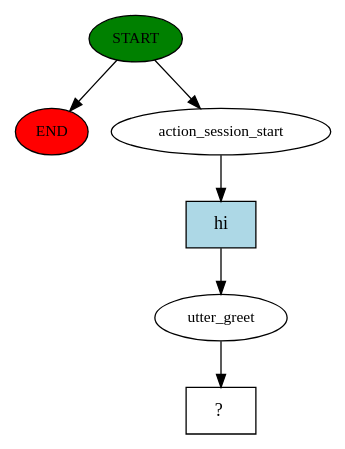
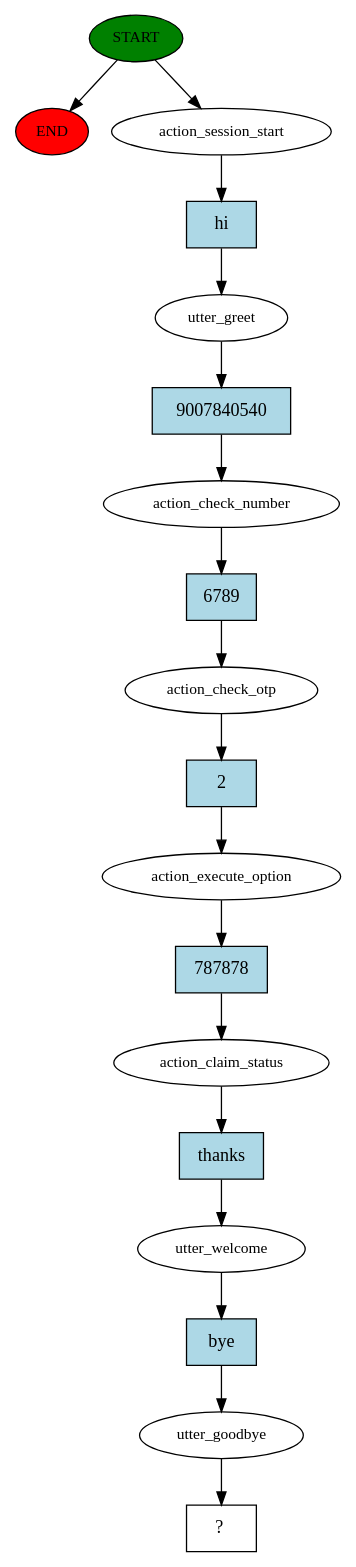
Before and after one commit to uchinohi/insurancebot: the diagram in story_graph.dot, drawn with Graphviz. The commit also changed 18 other files, not shown here.

```diff
--- a/story_graph.dot
+++ b/story_graph.dot
@@ -1,13 +1,37 @@
 digraph  {
 0 [class="start active", fillcolor=green, fontsize=12, label=START, style=filled];
 "-1" [class=end, fillcolor=red, fontsize=12, label=END, style=filled];
 1 [class=active, fontsize=12, label=action_session_start];
 2 [class=active, fontsize=12, label=utter_greet];
-3 [class="intent dashed active", label="  ?  ", shape=rect];
-4 [class="intent active", fillcolor=lightblue, label=hi, shape=rect, style=filled];
+3 [class=active, fontsize=12, label=action_check_number];
+4 [class=active, fontsize=12, label=action_check_otp];
+5 [class=active, fontsize=12, label=action_execute_option];
+6 [class=active, fontsize=12, label=action_claim_status];
+7 [class=active, fontsize=12, label=utter_welcome];
+8 [class=active, fontsize=12, label=utter_goodbye];
+9 [class="intent dashed active", label="  ?  ", shape=rect];
+10 [class="intent active", fillcolor=lightblue, label=hi, shape=rect, style=filled];
+11 [class="intent active", fillcolor=lightblue, label=9007840540, shape=rect, style=filled];
+12 [class="intent active", fillcolor=lightblue, label=6789, shape=rect, style=filled];
+13 [class="intent active", fillcolor=lightblue, label=2, shape=rect, style=filled];
+14 [class="intent active", fillcolor=lightblue, label=787878, shape=rect, style=filled];
+15 [class="intent active", fillcolor=lightblue, label=thanks, shape=rect, style=filled];
+16 [class="intent active", fillcolor=lightblue, label=bye, shape=rect, style=filled];
 0 -> "-1"  [class="", key=NONE, label=""];
 0 -> 1  [class=active, key=NONE, label=""];
-1 -> 4  [class=active, key=0];
-2 -> 3  [class=active, key=NONE, label=""];
-4 -> 2  [class=active, key=0];
+1 -> 10  [class=active, key=0];
+2 -> 11  [class=active, key=0];
+3 -> 12  [class=active, key=0];
+4 -> 13  [class=active, key=0];
+5 -> 14  [class=active, key=0];
+6 -> 15  [class=active, key=0];
+7 -> 16  [class=active, key=0];
+8 -> 9  [class=active, key=NONE, label=""];
+10 -> 2  [class=active, key=0];
+11 -> 3  [class=active, key=0];
+12 -> 4  [class=active, key=0];
+13 -> 5  [class=active, key=0];
+14 -> 6  [class=active, key=0];
+15 -> 7  [class=active, key=0];
+16 -> 8  [class=active, key=0];
 }
```
